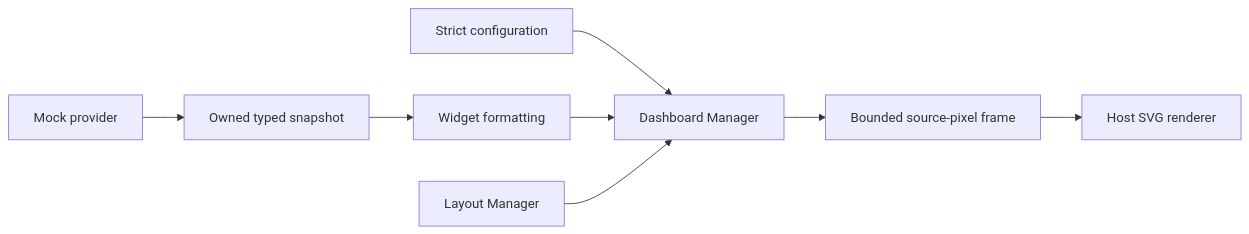
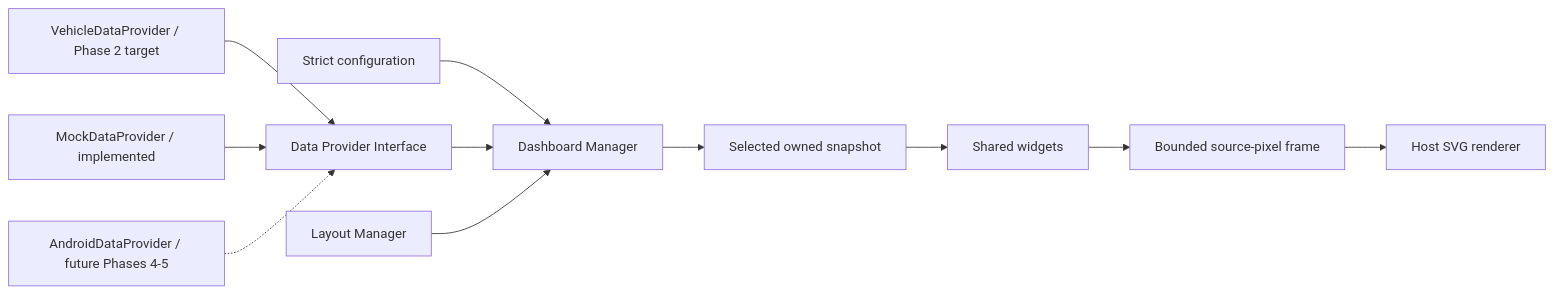
Before and after one commit to alpersid-org/audi-mib2q-dashboards: the diagram in docs/custom-dashboards/architecture.md, drawn with Mermaid. The commit also changed other lines of this file and 15 other files, not shown here.

Commit message:
docs: define five-phase roadmap and common data provider architecture

````diff
--- a/docs/custom-dashboards/architecture.md
+++ b/docs/custom-dashboards/architecture.md
@@ -39,10 +46,13 @@
 ```mermaid
 flowchart LR
     C[Strict configuration] --> M[Dashboard Manager]
-    P[Mock provider] --> S[Owned typed snapshot]
-    S --> W[Widget formatting]
-    W --> M
+    V["VehicleDataProvider / Phase 2 target"] --> I["Data Provider Interface"]
+    P["MockDataProvider / implemented"] --> I
+    A["AndroidDataProvider / future Phases 4-5"] -.-> I
+    I --> M
+    M --> S["Selected owned snapshot"]
+    S --> W["Shared widgets"]
     L[Layout Manager] --> M
-    M --> F[Bounded source-pixel frame]
+    W --> F[Bounded source-pixel frame]
     F --> R[Host SVG renderer]
 ```
````
